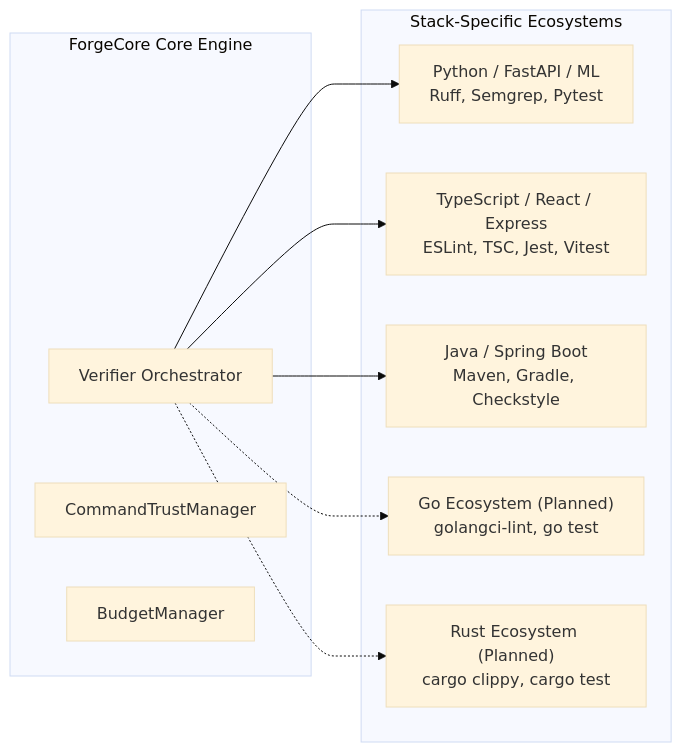
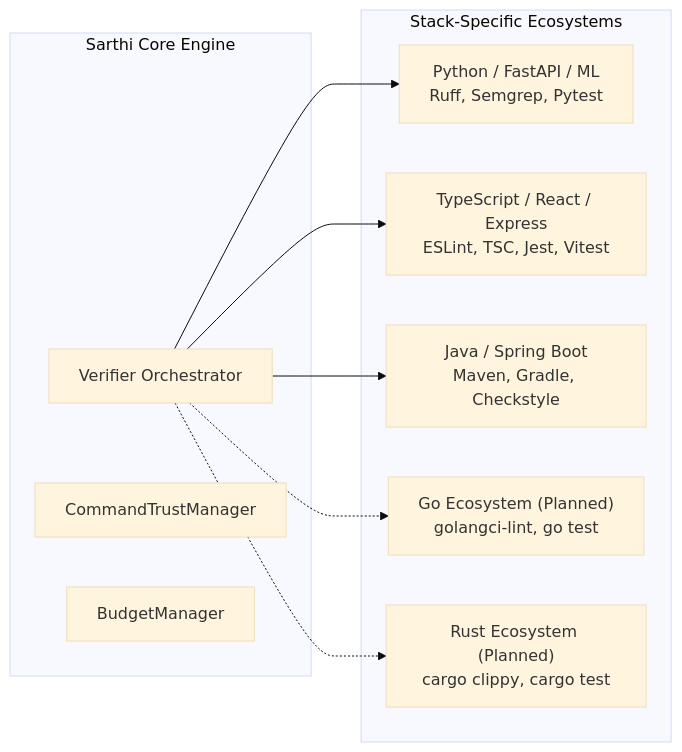
One commit to Mayurkhalse/ForgeCore changed the seventh of 10 diagrams in WORKFLOW.md. Above: the diagram before and after it, drawn with Mermaid (base theme). The commit also changed other lines of this file and 154 other files, not shown here.

Commit message:
refactor: rename project, package, cli, and mcp server from ForgeCore to Sarthi

````diff
--- a/WORKFLOW.md
+++ b/WORKFLOW.md
@@ -920,22 +920,22 @@
 ```mermaid
 flowchart LR
-    subgraph CoreEngine["ForgeCore Core Engine"]
+    subgraph CoreEngine["Sarthi Core Engine"]
         Orchestrator["Verifier Orchestrator"]
         Trust["CommandTrustManager"]
         Budget["BudgetManager"]
     end
 
     subgraph Adapters["Stack-Specific Ecosystems"]
         PythonAdapter["Python / FastAPI / ML<br/>Ruff, Semgrep, Pytest"]
         NodeAdapter["TypeScript / React / Express<br/>ESLint, TSC, Jest, Vitest"]
         JavaAdapter["Java / Spring Boot<br/>Maven, Gradle, Checkstyle"]
         GoAdapter["Go Ecosystem (Planned)<br/>golangci-lint, go test"]
         RustAdapter["Rust Ecosystem (Planned)<br/>cargo clippy, cargo test"]
     end
 
     Orchestrator --> PythonAdapter
     Orchestrator --> NodeAdapter
     Orchestrator --> JavaAdapter
     Orchestrator -.-> GoAdapter
     Orchestrator -.-> RustAdapter
 ```
````
